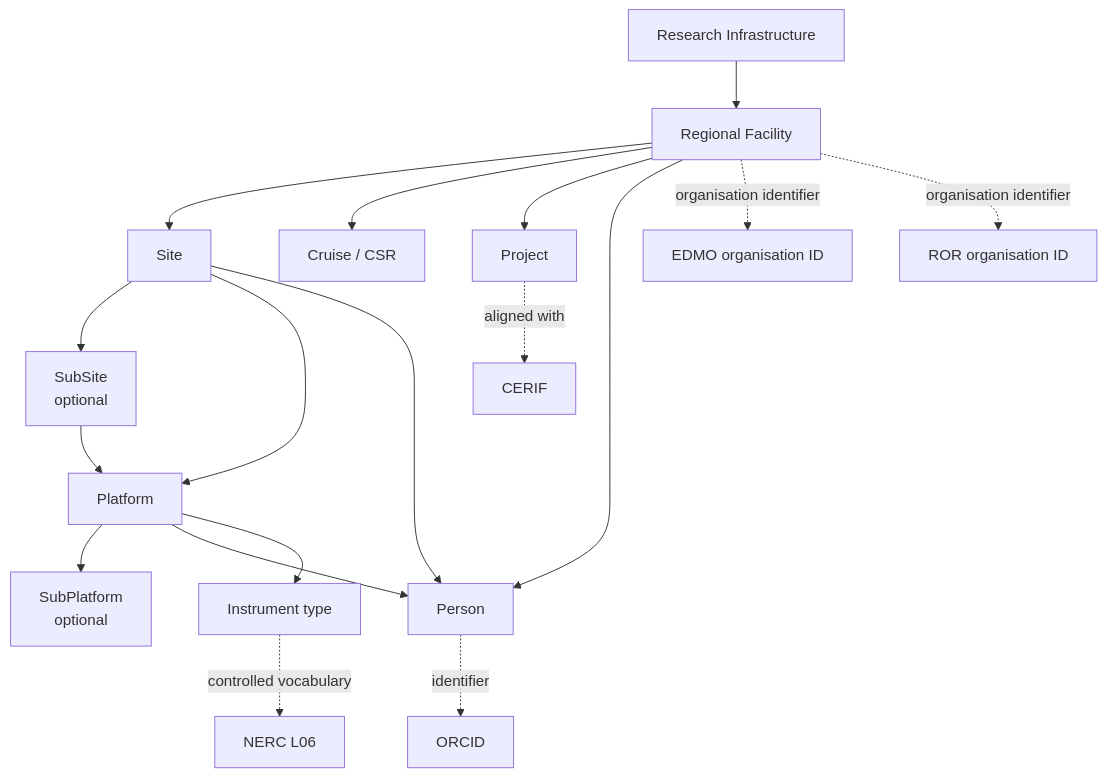
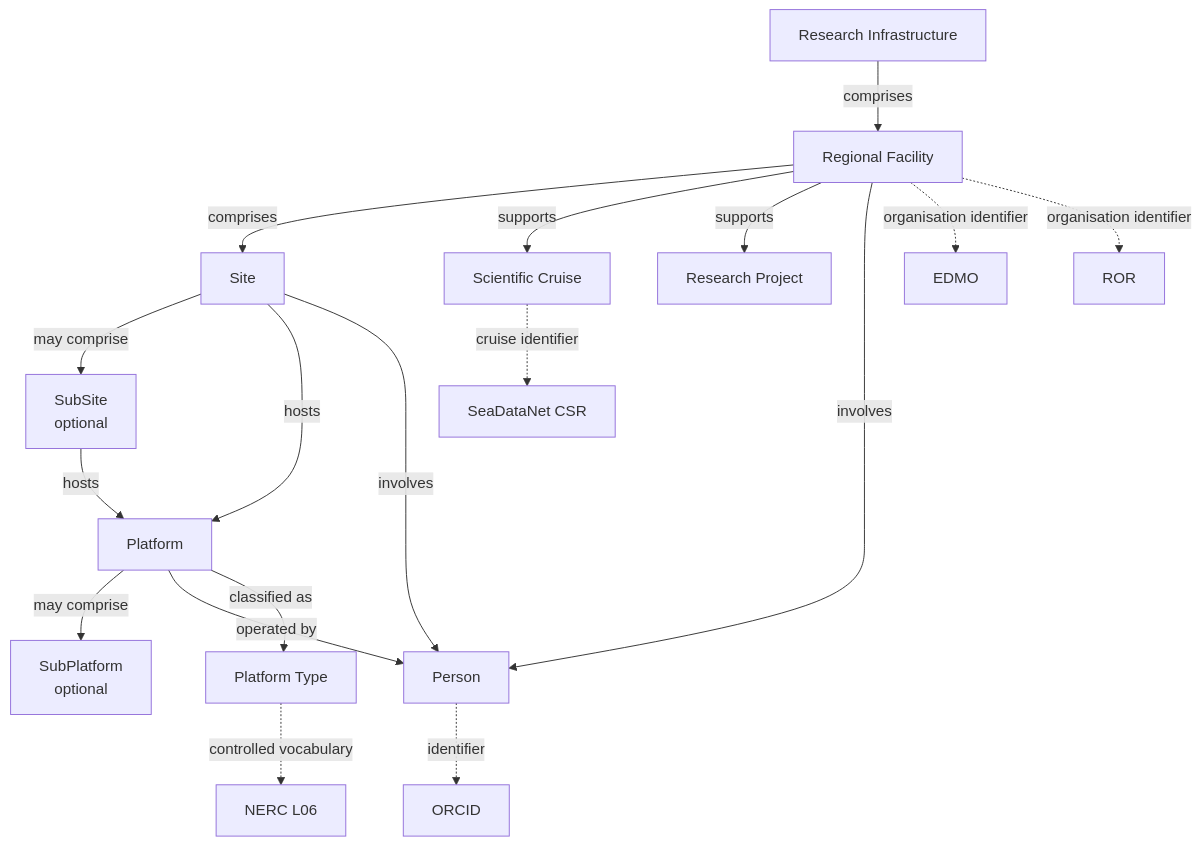
One commit to emso-eric/oso-ontology changed the diagram in README.md. Above: the diagram before and after it, drawn with Mermaid.

Commit message:
Enhance README with scientific context and identifiers
Updated the README to include new scientific context and external identifiers.

````diff
--- a/README.md
+++ b/README.md
@@ -107,41 +107,47 @@
 ```mermaid
 graph TD
 
+%% Core observatory hierarchy
 RI[Research Infrastructure]
 RF[Regional Facility]
 Site[Site]
 SubSite[SubSite<br/>optional]
 Platform[Platform]
 SubPlatform[SubPlatform<br/>optional]
 
-Cruise[Cruise / CSR]
-Project[Project]
+%% Scientific context
+Cruise[Scientific Cruise]
+Project[Research Project]
 Person[Person]
-InstrumentType[Instrument type]
+PlatformType[Platform Type]
 
-EDMO[EDMO organisation ID]
-ROR[ROR organisation ID]
-CERIF[CERIF]
+%% External identifiers and vocabularies
+EDMO[EDMO]
+ROR[ROR]
+CSR[SeaDataNet CSR]
 ORCID[ORCID]
 NERC_L06[NERC L06]
 
-RI --> RF
-RF --> Site
-Site --> SubSite
-Site --> Platform
-SubSite --> Platform
-Platform --> SubPlatform
+%% Core hierarchy
+RI -->|comprises| RF
+RF -->|comprises| Site
+Site -->|may comprise| SubSite
+Site -->|hosts| Platform
+SubSite -->|hosts| Platform
+Platform -->|may comprise| SubPlatform
 
-RF --> Cruise
-RF --> Project
-RF --> Person
-Site --> Person
-Platform --> Person
+%% Scientific context
+RF -->|supports| Cruise
+RF -->|supports| Project
+RF -->|involves| Person
+Site -->|involves| Person
+Platform -->|operated by| Person
+Platform -->|classified as| PlatformType
 
+%% External links
 RF -. organisation identifier .-> EDMO
 RF -. organisation identifier .-> ROR
-Project -. aligned with .-> CERIF
+Cruise -. cruise identifier .-> CSR
 Person -. identifier .-> ORCID
-InstrumentType -. controlled vocabulary .-> NERC_L06
-Platform --> InstrumentType
+PlatformType -. controlled vocabulary .-> NERC_L06
 ```
````
